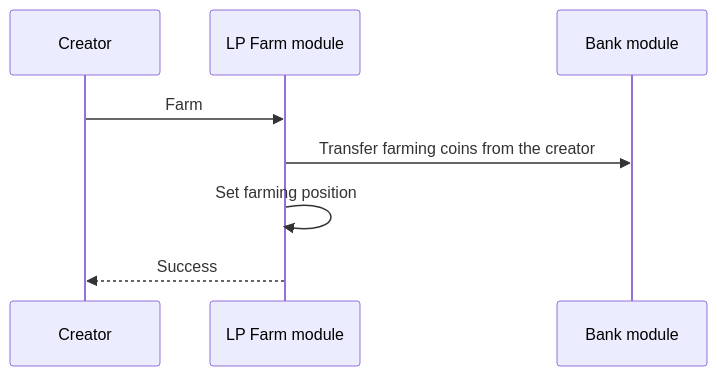
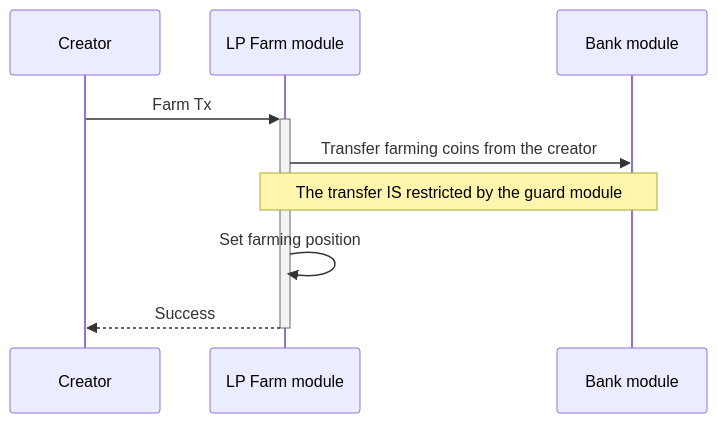
One commit to MANTRA-Chain/mantrachain changed the third of 5 diagrams in x/lpfarm/spec/07_txs_flows.md. Above: the diagram before and after it, drawn with Mermaid. The commit also changed other lines of this file and 12 other files, not shown here.

Commit message:
docs: add update txs flows docs

````diff
--- a/x/lpfarm/spec/07_txs_flows.md
+++ b/x/lpfarm/spec/07_txs_flows.md
@@ -40,7 +38,8 @@
 ```mermaid
 sequenceDiagram
-Creator ->> LP Farm module: Farm
+Creator->>+LP Farm module: Farm Tx
 LP Farm module->>Bank module: Transfer farming coins from the creator
-LP Farm module->> LP Farm module: Set farming position
-LP Farm module-->> Creator: Success
+Note over LP Farm module, Bank module: The transfer IS restricted by the guard module
+LP Farm module->>LP Farm module: Set farming position
+LP Farm module-->>-Creator: Success
 ```
````
